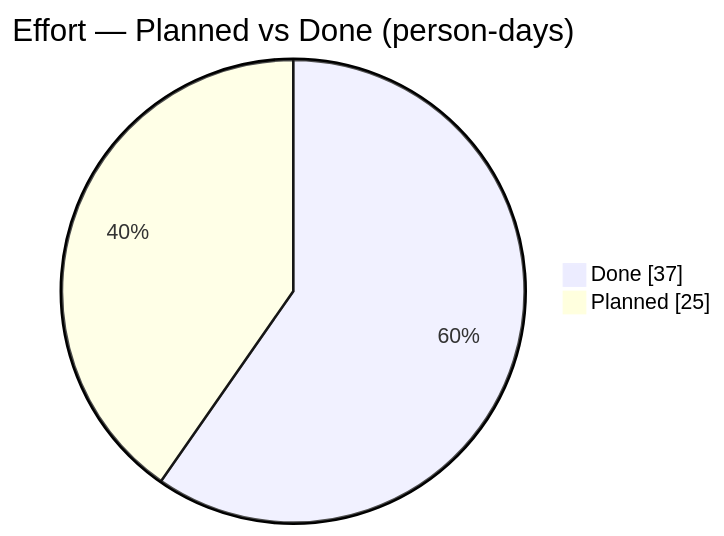
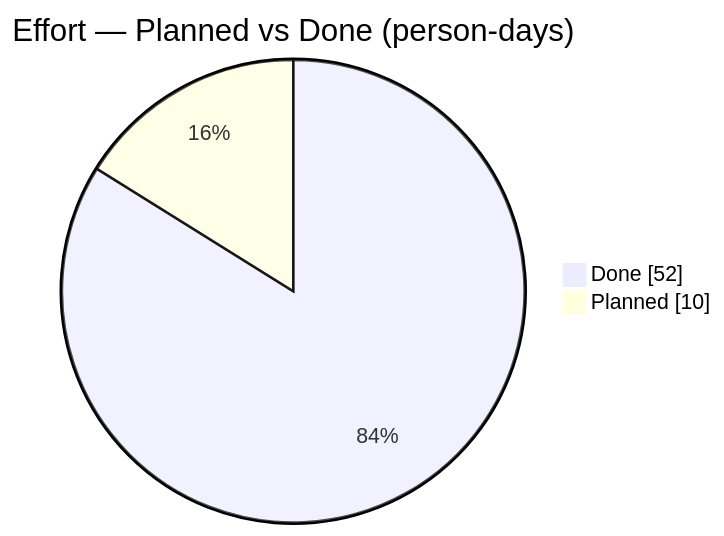
The first of 2 diagrams in docs/_projects/kf-fe-platform.md (Katty-Fashion/kf-cpto), drawn with Mermaid before and after one commit. The commit also changed other lines of this file and 14 other files, not shown here.

````diff
--- a/docs/_projects/kf-fe-platform.md
+++ b/docs/_projects/kf-fe-platform.md
@@ -80,5 +80,5 @@
 ```mermaid
 pie showData title Effort — Planned vs Done (person-days)
-    "Done" : 37.0
-    "Planned" : 25.0
+    "Done" : 52.0
+    "Planned" : 10.0
 ```
````
